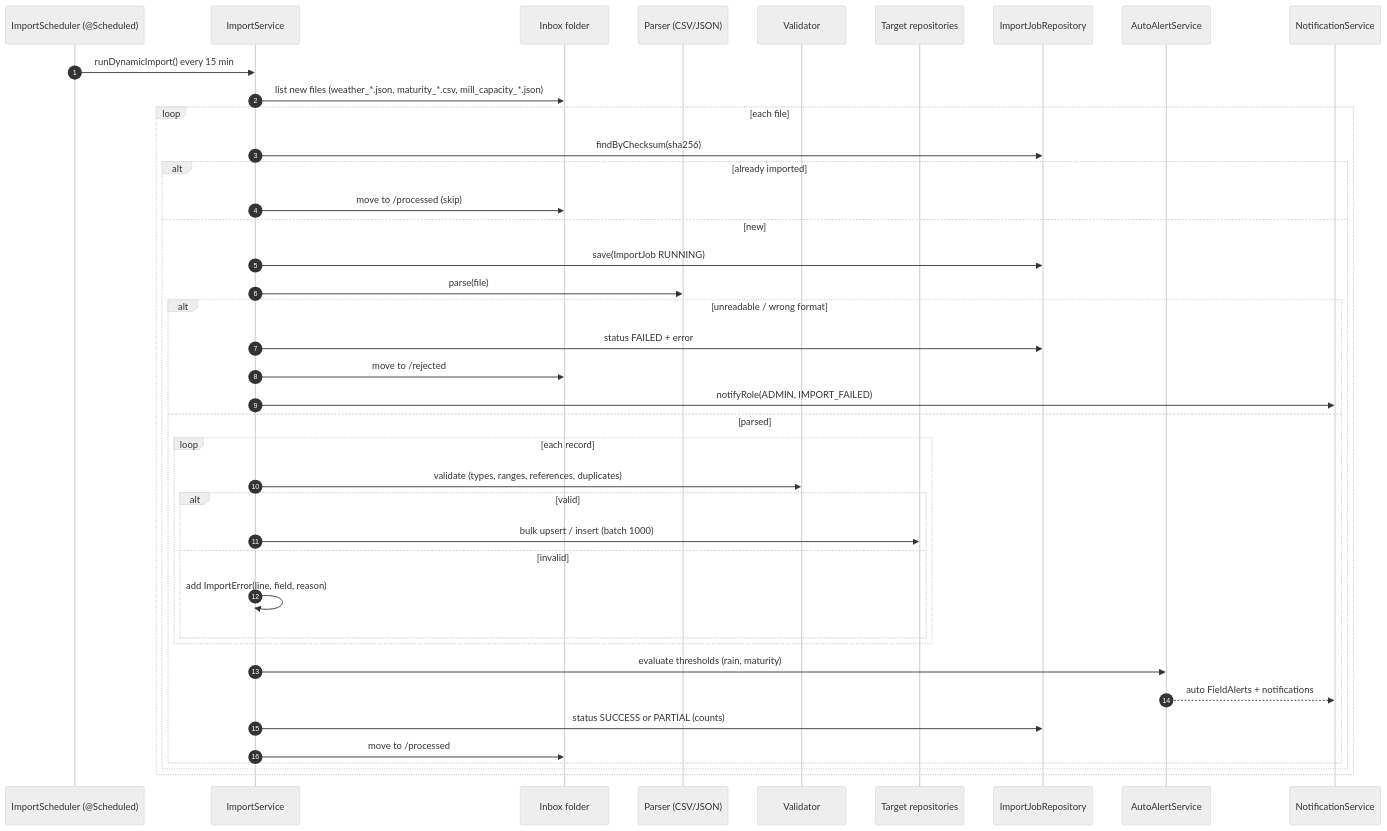
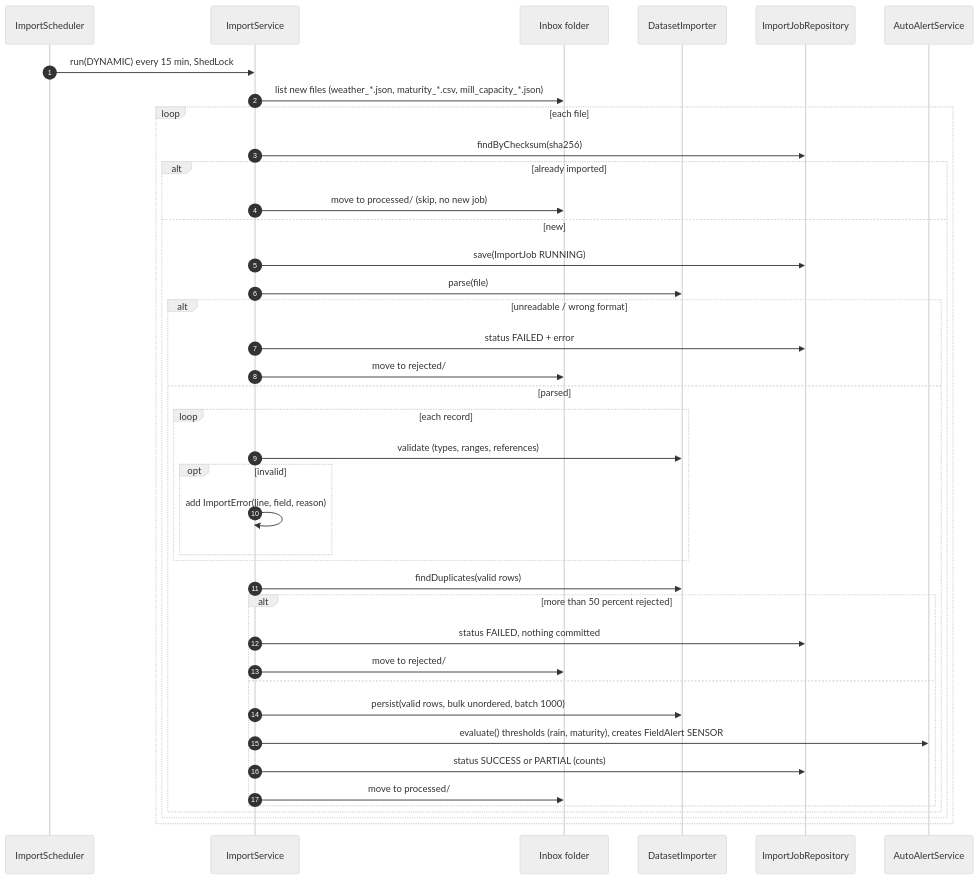
Diagram 11 of 20 in docs/04-uml-design.md (Iyed-M/olive-connect), drawn with Mermaid (neutral theme) before and after one commit. The commit also changed other lines of this file and 7 other files, not shown here.

````diff
--- a/docs/04-uml-design.md
+++ b/docs/04-uml-design.md
@@ -892,43 +952,43 @@
 ```mermaid
 sequenceDiagram
     autonumber
-    participant SCH as ImportScheduler (@Scheduled)
+    participant SCH as ImportScheduler
     participant IS as ImportService
     participant FS as Inbox folder
-    participant P as Parser (CSV/JSON)
-    participant V as Validator
-    participant REPO as Target repositories
+    participant P as DatasetImporter
     participant JR as ImportJobRepository
     participant AA as AutoAlertService
-    participant NS as NotificationService
 
-    SCH->>IS: runDynamicImport() every 15 min
+    SCH->>IS: run(DYNAMIC) every 15 min, ShedLock
     IS->>FS: list new files (weather_*.json, maturity_*.csv, mill_capacity_*.json)
     loop each file
         IS->>JR: findByChecksum(sha256)
         alt already imported
-            IS->>FS: move to /processed (skip)
+            IS->>FS: move to processed/ (skip, no new job)
         else new
             IS->>JR: save(ImportJob RUNNING)
             IS->>P: parse(file)
             alt unreadable / wrong format
                 IS->>JR: status FAILED + error
-                IS->>FS: move to /rejected
-                IS->>NS: notifyRole(ADMIN, IMPORT_FAILED)
+                IS->>FS: move to rejected/
             else parsed
                 loop each record
-                    IS->>V: validate (types, ranges, references, duplicates)
-                    alt valid
-                        IS->>REPO: bulk upsert / insert (batch 1000)
-                    else invalid
+                    IS->>P: validate (types, ranges, references)
+                    opt invalid
                         IS->>IS: add ImportError(line, field, reason)
                     end
                 end
-                IS->>AA: evaluate thresholds (rain, maturity)
-                AA-->>NS: auto FieldAlerts + notifications
-                IS->>JR: status SUCCESS or PARTIAL (counts)
-                IS->>FS: move to /processed
+                IS->>P: findDuplicates(valid rows)
+                alt more than 50 percent rejected
+                    IS->>JR: status FAILED, nothing committed
+                    IS->>FS: move to rejected/
+                else
+                    IS->>P: persist(valid rows, bulk unordered, batch 1000)
+                    IS->>AA: evaluate() thresholds (rain, maturity), creates FieldAlert SENSOR
+                    IS->>JR: status SUCCESS or PARTIAL (counts)
+                    IS->>FS: move to processed/
+                end
             end
         end
     end
 ```
````
